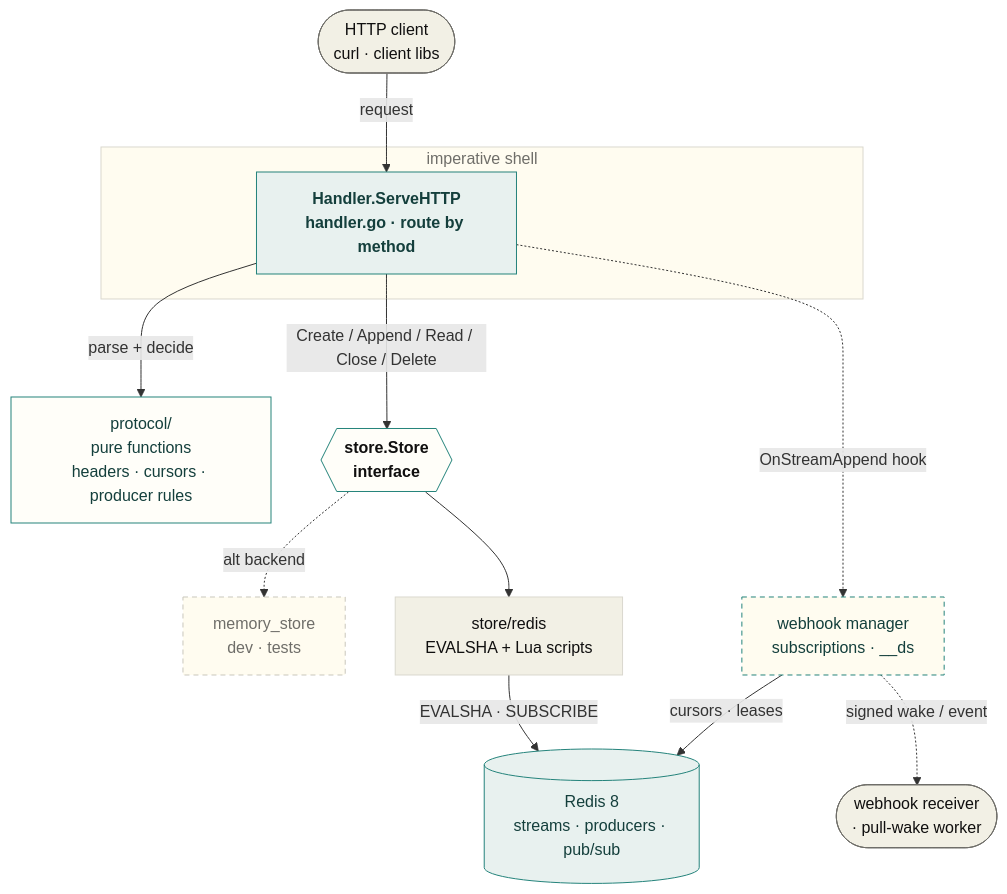
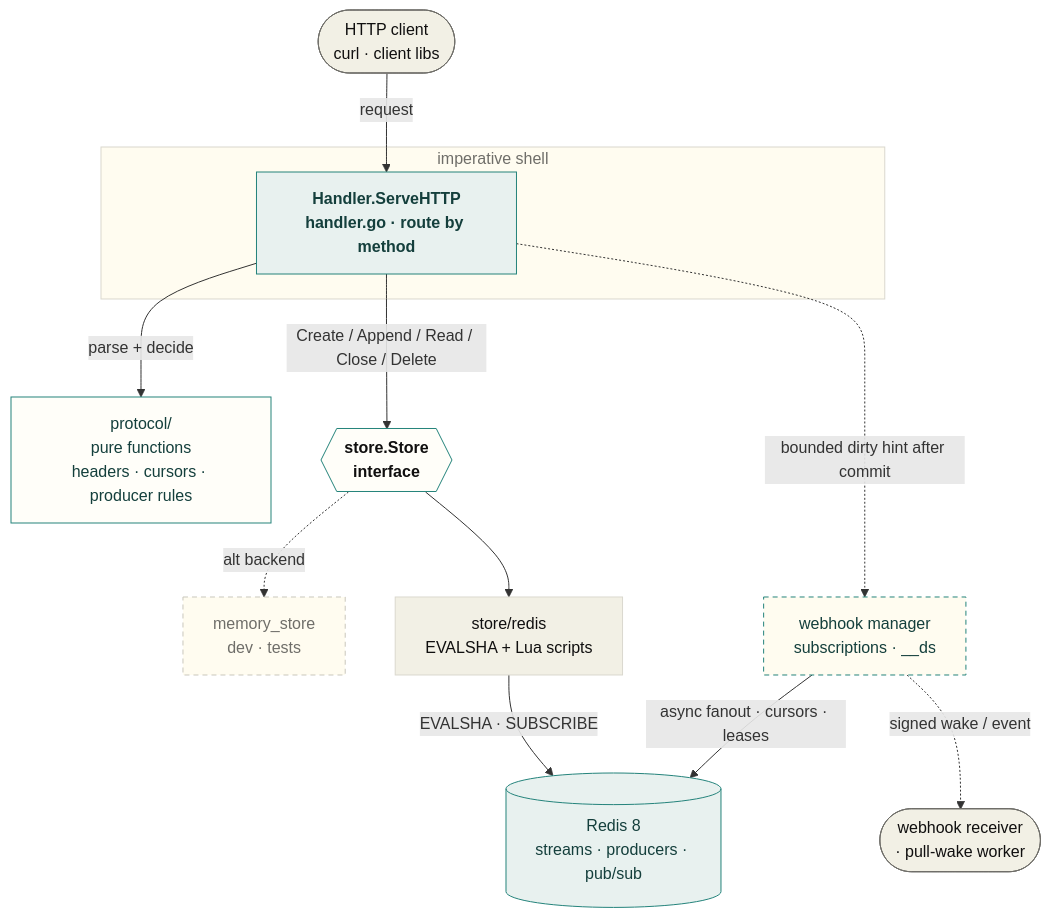
One commit to adityavkk/chronicle changed the diagram in docs-site/diagrams/wiki-arch.mmd. Above: the diagram before and after it, drawn with Mermaid. The commit also changed 30 other files, not shown here.

Commit message:
docs: explain async subscription fanout

```diff
--- a/docs-site/diagrams/wiki-arch.mmd
+++ b/docs-site/diagrams/wiki-arch.mmd
@@ -1,35 +1,35 @@
 flowchart TB
     Client(["HTTP client<br/>curl · client libs"]):::client
 
     subgraph edge["imperative shell"]
       Handler["Handler.ServeHTTP<br/>handler.go · route by method"]:::hero
     end
 
     Core["protocol/<br/>pure functions<br/>headers · cursors · producer rules"]:::core
     Store{{"store.Store<br/>interface"}}:::iface
     Mem["memory_store<br/>dev · tests"]:::alt
     Redis["store/redis<br/>EVALSHA + Lua scripts"]:::compute
     RDB[("Redis 8<br/>streams · producers · pub/sub")]:::db
     Subs["webhook manager<br/>subscriptions · __ds"]:::control
     Out(["webhook receiver<br/>· pull-wake worker"]):::client
 
     Client -->|"request"| Handler
     Handler -->|"parse + decide"| Core
     Handler -->|"Create / Append / Read / Close / Delete"| Store
     Store --> Redis
     Store -.->|"alt backend"| Mem
     Redis -->|"EVALSHA · SUBSCRIBE"| RDB
-    Handler -.->|"OnStreamAppend hook"| Subs
-    Subs -->|"cursors · leases"| RDB
+    Handler -.->|"bounded dirty hint after commit"| Subs
+    Subs -->|"async fanout · cursors · leases"| RDB
     Subs -.->|"signed wake / event"| Out
 
     classDef client fill:#F2F0E5,stroke:#6F6E69,color:#100F0F;
     classDef hero fill:#E8F1EF,stroke:#24837B,color:#143F3C,font-weight:700;
     classDef core fill:#FFFEF9,stroke:#24837B,color:#143F3C;
     classDef iface fill:#FFFEF9,stroke:#24837B,color:#100F0F,font-weight:600;
     classDef compute fill:#F2F0E5,stroke:#DAD8CE,color:#100F0F;
     classDef db fill:#E8F1EF,stroke:#24837B,color:#143F3C;
     classDef alt fill:#FFFCF0,stroke:#C9C7BC,color:#6F6E69,stroke-dasharray:5 4;
     classDef control fill:#FFFCF0,stroke:#24837B,color:#143F3C,stroke-dasharray:5 4;
 
     style edge fill:#FFFCF0,stroke:#DAD8CE,color:#6F6E69;
```
